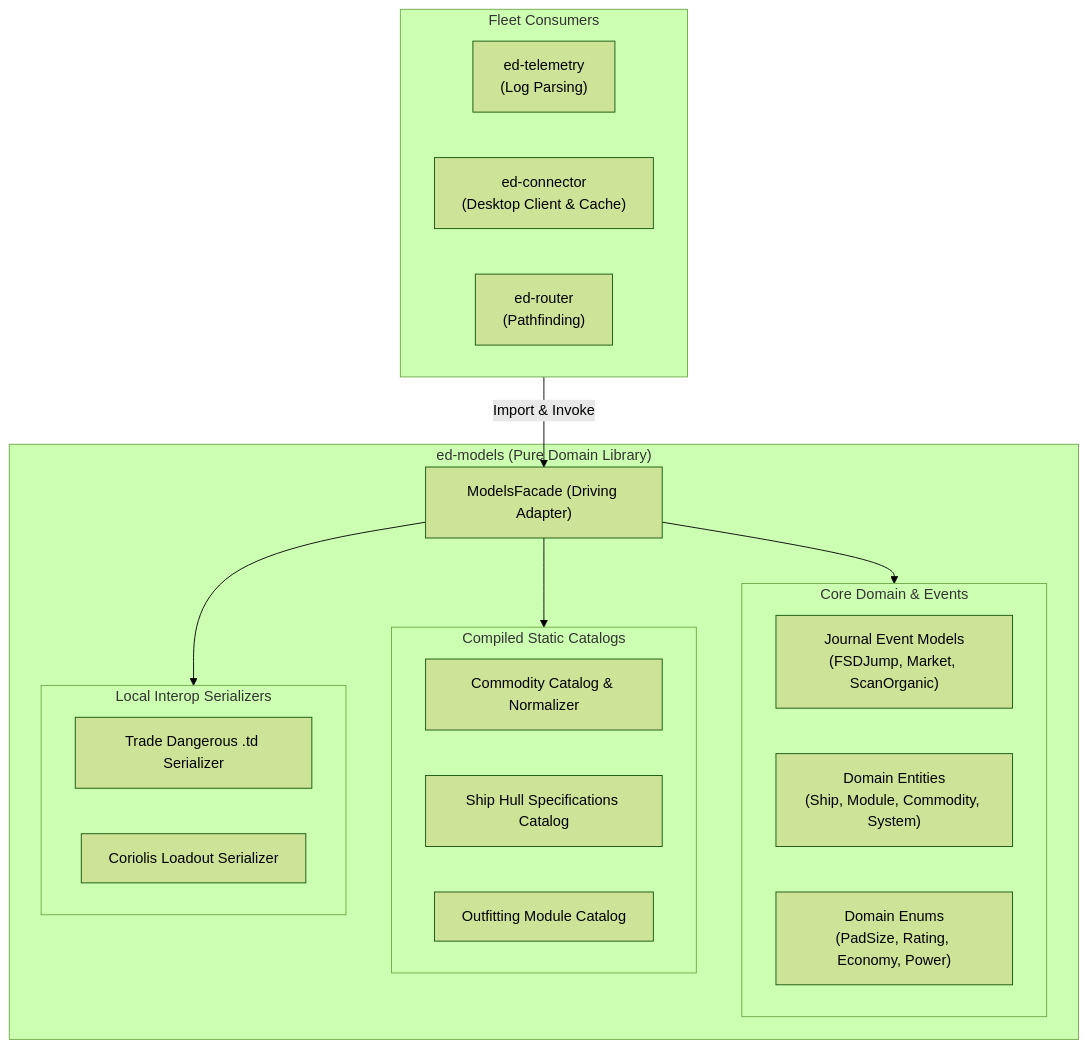
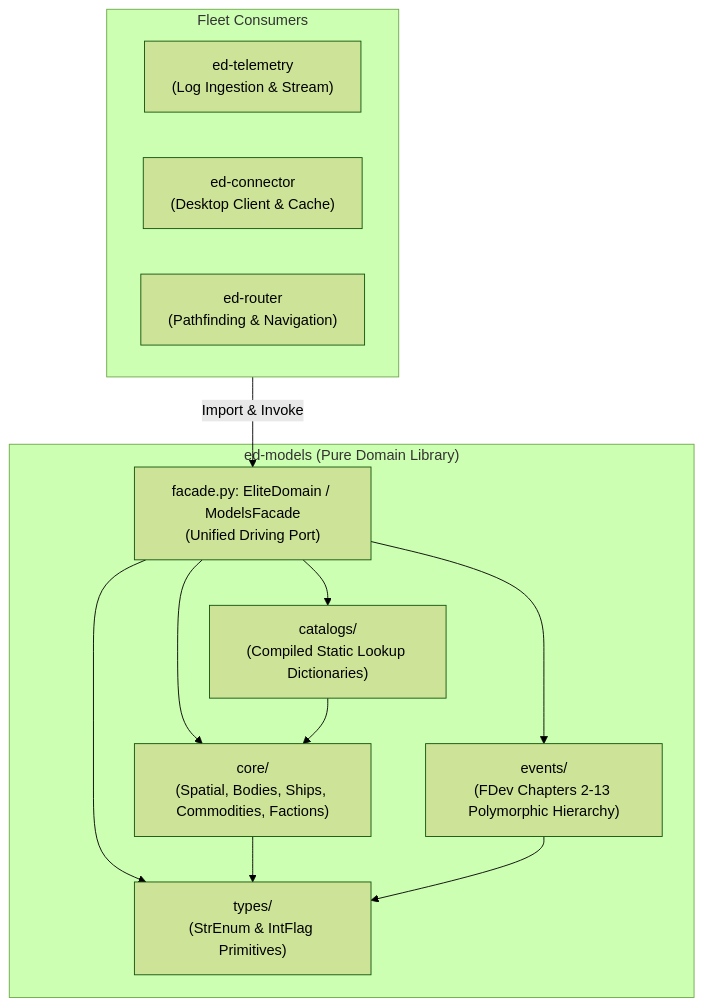
One commit to mnaatjes/ed-integration-smoke changed the diagram in architecture/adr/0001_ed_models_core_game_logic_and_catalog_architecture.md. Above: the diagram before and after it, drawn with Mermaid (forest theme). The commit also changed other lines of this file, not shown here.

Commit message:
docs(adr): codify package hierarchy and directory topology in ADR 0001

````diff
--- a/architecture/adr/0001_ed_models_core_game_logic_and_catalog_architecture.md
+++ b/architecture/adr/0001_ed_models_core_game_logic_and_catalog_architecture.md
@@ -66,35 +66,28 @@
 ```mermaid
 flowchart TD
     subgraph Consumers ["Fleet Consumers"]
-        Telemetry["ed-telemetry\n(Log Parsing)"]
+        Telemetry["ed-telemetry\n(Log Ingestion & Stream)"]
         Connector["ed-connector\n(Desktop Client & Cache)"]
-        Router["ed-router\n(Pathfinding)"]
+        Router["ed-router\n(Pathfinding & Navigation)"]
     end
 
     subgraph EdModels ["ed-models (Pure Domain Library)"]
-        Facade["ModelsFacade (Driving Adapter)"]
+        Facade["facade.py: EliteDomain / ModelsFacade\n(Unified Driving Port)"]
 
-        subgraph CoreDomain ["Core Domain & Events"]
-            Events["Journal Event Models\n(FSDJump, Market, ScanOrganic)"]
-            Entities["Domain Entities\n(Ship, Module, Commodity, System)"]
-            Enums["Domain Enums\n(PadSize, Rating, Economy, Power)"]
-        end
+        Types["types/\n(StrEnum & IntFlag Primitives)"]
+        Core["core/\n(Spatial, Bodies, Ships, Commodities, Factions)"]
+        Catalogs["catalogs/\n(Compiled Static Lookup Dictionaries)"]
+        Events["events/\n(FDev Chapters 2-13 Polymorphic Hierarchy)"]
 
-        subgraph Catalogs ["Compiled Static Catalogs"]
-            CommodityCat["Commodity Catalog & Normalizer"]
-            ShipCat["Ship Hull Specifications Catalog"]
-            ModuleCat["Outfitting Module Catalog"]
-        end
+        Facade --> Types
+        Facade --> Core
+        Facade --> Catalogs
+        Facade --> Events
 
-        subgraph Interop ["Local Interop Serializers"]
-            TDSerializer["Trade Dangerous .td Serializer"]
-            CoriolisSerializer["Coriolis Loadout Serializer"]
-        end
-
-        Facade --> CoreDomain
-        Facade --> Catalogs
-        Facade --> Interop
+        Core --> Types
+        Catalogs --> Core
+        Events --> Types
     end
 
     Consumers -->|Import & Invoke| Facade
 ```
````
